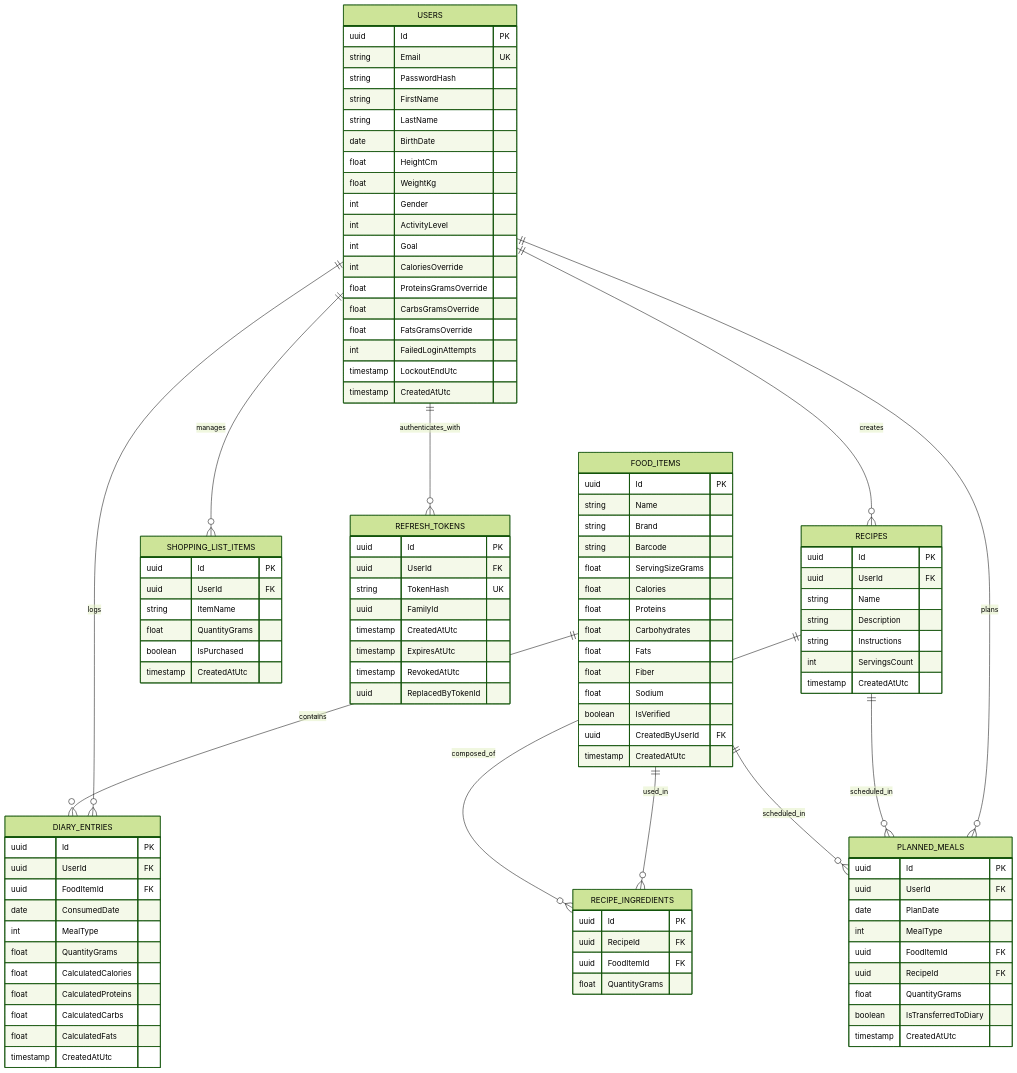
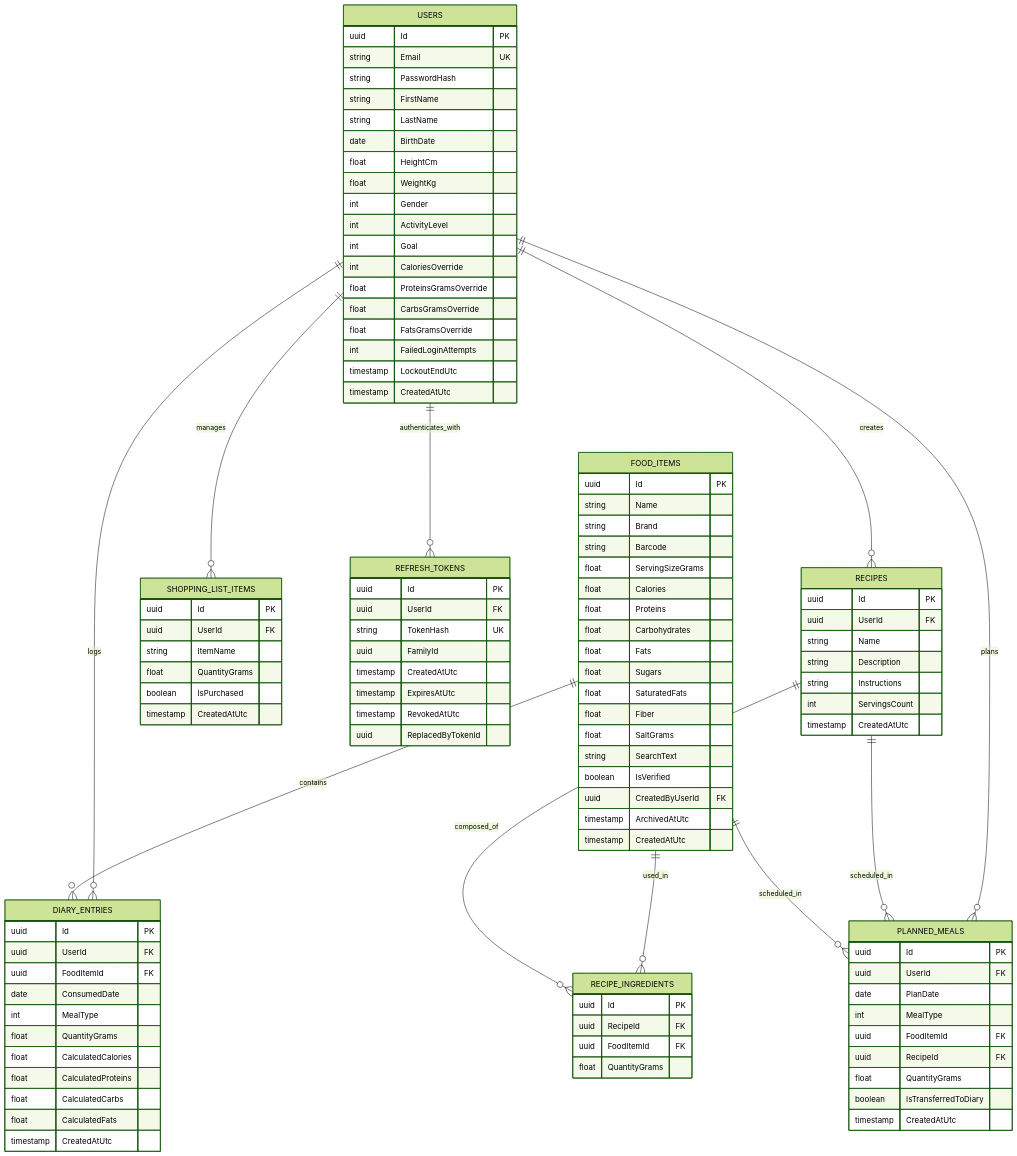
Before and after one commit to muxxq/Nutritional-Tracking-with-OCR: the second of 5 diagrams in aplicatie/docs/architecture_and_contracts.md, drawn with Mermaid (forest theme). The commit also changed other lines of this file and 3 other files, not shown here.

Commit message:
docs: add ADR-004, catalog contract and roadmap progress

```diff
--- a/aplicatie/docs/architecture_and_contracts.md
+++ b/aplicatie/docs/architecture_and_contracts.md
@@ -109,10 +109,14 @@
         float Proteins
         float Carbohydrates
         float Fats
+        float Sugars
+        float SaturatedFats
         float Fiber
-        float Sodium
+        float SaltGrams
+        string SearchText
         boolean IsVerified
         uuid CreatedByUserId FK
+        timestamp ArchivedAtUtc
         timestamp CreatedAtUtc
     }
 
```
